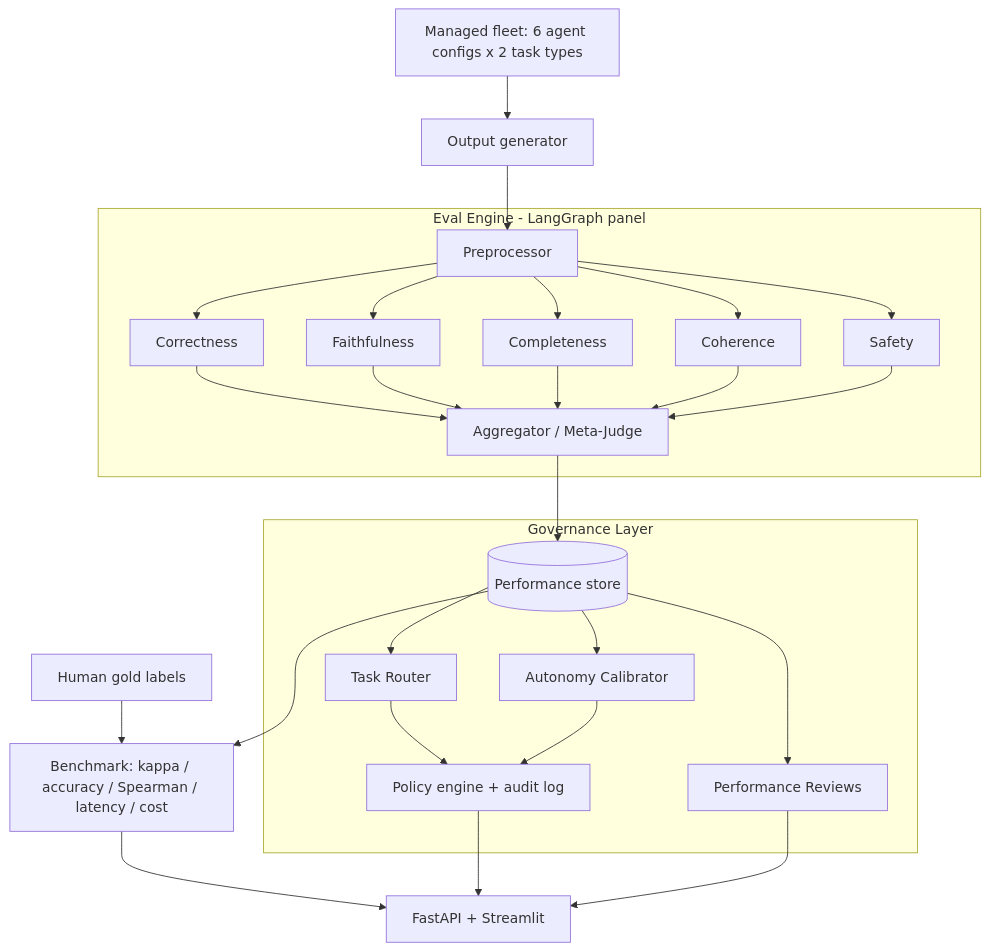
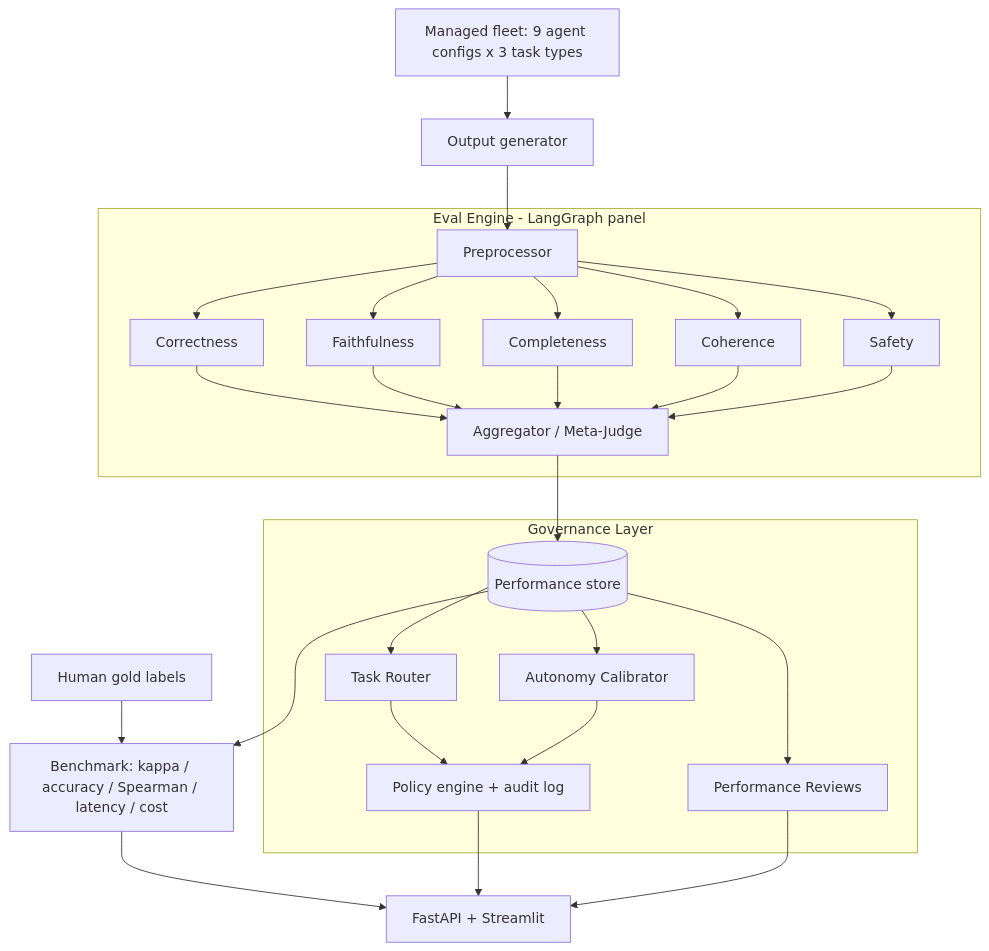
One commit to GaliDev/potential-train changed the diagram in docs/report.md. Above: the diagram before and after it, drawn with Mermaid. The commit also changed other lines of this file and 16 other files, not shown here.

````diff
--- a/docs/report.md
+++ b/docs/report.md
@@ -64,30 +65,30 @@
 ```mermaid
 flowchart TD
-    Fleet["Managed fleet: 6 agent configs x 2 task types"] --> Gen[Output generator]
+    Fleet["Managed fleet: 9 agent configs x 3 task types"] --> Gen[Output generator]
     Gen --> Pre[Preprocessor]
     subgraph eval [Eval Engine - LangGraph panel]
       Pre --> Correct[Correctness]
       Pre --> Faith[Faithfulness]
       Pre --> Complete[Completeness]
       Pre --> Coh[Coherence]
       Pre --> Safe[Safety]
       Correct --> Agg[Aggregator / Meta-Judge]
       Faith --> Agg
       Complete --> Agg
       Coh --> Agg
       Safe --> Agg
     end
     Agg --> Store[(Performance store)]
     Gold["Human gold labels"] --> Bench["Benchmark: kappa / accuracy / Spearman / latency / cost"]
     Store --> Bench
     subgraph gov [Governance Layer]
       Store --> Router[Task Router]
       Store --> Autonomy[Autonomy Calibrator]
       Store --> Review[Performance Reviews]
       Router --> Policy[Policy engine + audit log]
       Autonomy --> Policy
     end
     Bench --> UI["FastAPI + Streamlit"]
     Policy --> UI
     Review --> UI
 ```
````
